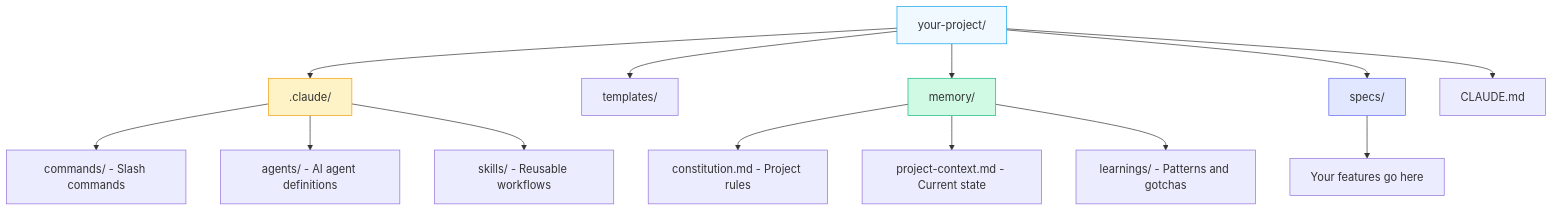
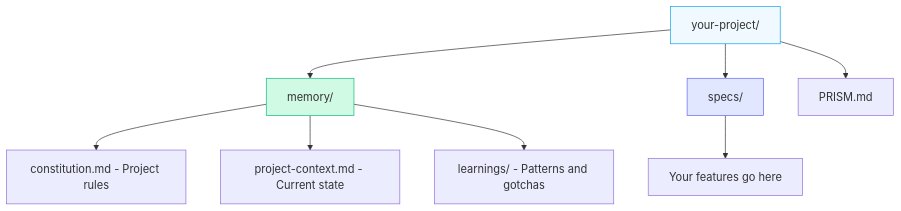
One commit to araserel/sigil-os changed the second of 6 diagrams in prism-plugin/docs/quick-start.md. Above: the diagram before and after it, drawn with Mermaid. The commit also changed other lines of this file and 138 other files, not shown here.

````diff
--- a/prism-plugin/docs/quick-start.md
+++ b/prism-plugin/docs/quick-start.md
@@ -224,23 +200,16 @@
 ```mermaid
 graph TD
-    A[your-project/] --> B[.claude/]
-    A --> C[templates/]
-    A --> D[memory/]
+    A[your-project/] --> D[memory/]
     A --> E[specs/]
-    A --> F[CLAUDE.md]
-
-    B --> B1[commands/ - Slash commands]
-    B --> B2[agents/ - AI agent definitions]
-    B --> B3[skills/ - Reusable workflows]
+    A --> F[PRISM.md]
 
     D --> D1[constitution.md - Project rules]
     D --> D2[project-context.md - Current state]
     D --> D3[learnings/ - Patterns and gotchas]
 
     E --> E1[Your features go here]
 
     style A fill:#f0f9ff,stroke:#0ea5e9
-    style B fill:#fef3c7,stroke:#f59e0b
     style D fill:#d1fae5,stroke:#10b981
     style E fill:#e0e7ff,stroke:#6366f1
 ```
````
